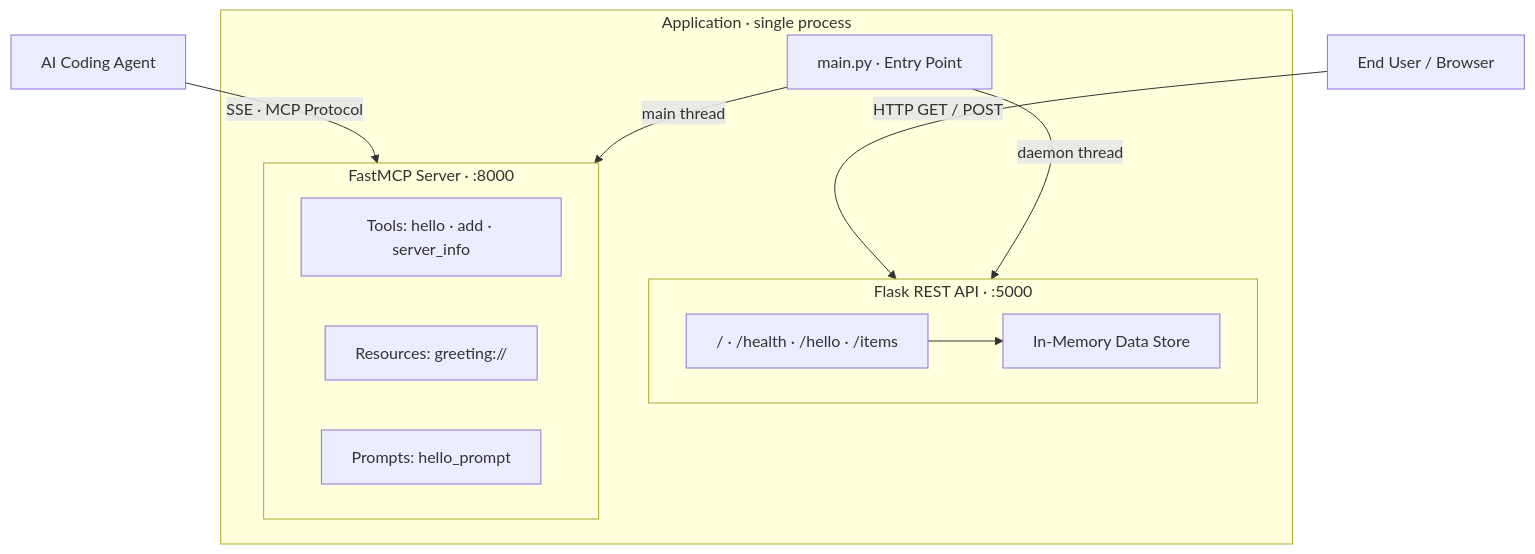
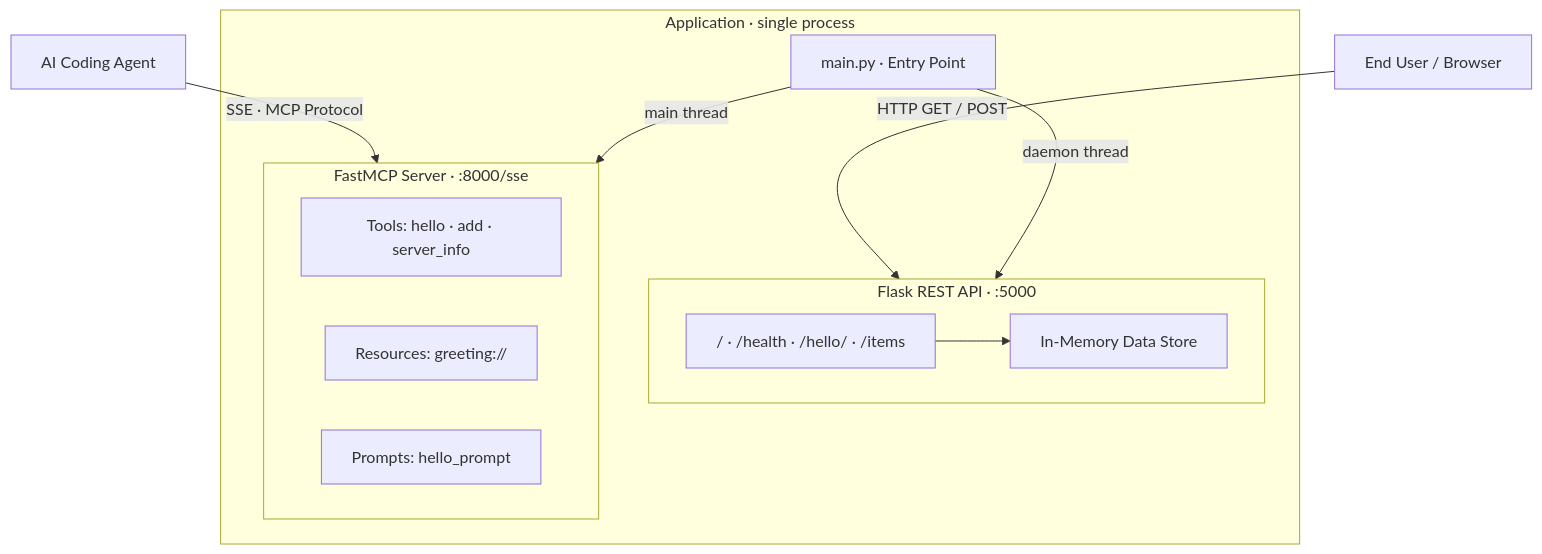
The first of 3 diagrams in docs/architecture.md (brbharad/ai_demo), drawn with Mermaid before and after one commit. The commit also changed other lines of this file, not shown here.

Commit message:
Update architecture documentation to clarify API routes and FastMCP server endpoint details.

````diff
--- a/docs/architecture.md
+++ b/docs/architecture.md
@@ -5,25 +5,25 @@
 ```mermaid
 flowchart TD
     User["End User / Browser"]
     Agent["AI Coding Agent"]
 
     User -->|"HTTP GET / POST"| Flask
     Agent -->|"SSE · MCP Protocol"| MCP
 
     subgraph App ["Application · single process"]
         Main["main.py · Entry Point"]
 
         Main -->|"daemon thread"| Flask
         Main -->|"main thread"| MCP
 
         subgraph Flask ["Flask REST API · :5000"]
-            Routes["/ · /health · /hello · /items"] --> Store["In-Memory Data Store"]
+            Routes["/ · /health · /hello/<name> · /items"] --> Store["In-Memory Data Store"]
         end
 
-        subgraph MCP ["FastMCP Server · :8000"]
+        subgraph MCP ["FastMCP Server · :8000/sse"]
             Tools["Tools: hello · add · server_info"]
             Resources["Resources: greeting://"]
             Prompts["Prompts: hello_prompt"]
         end
     end
 ```
````
